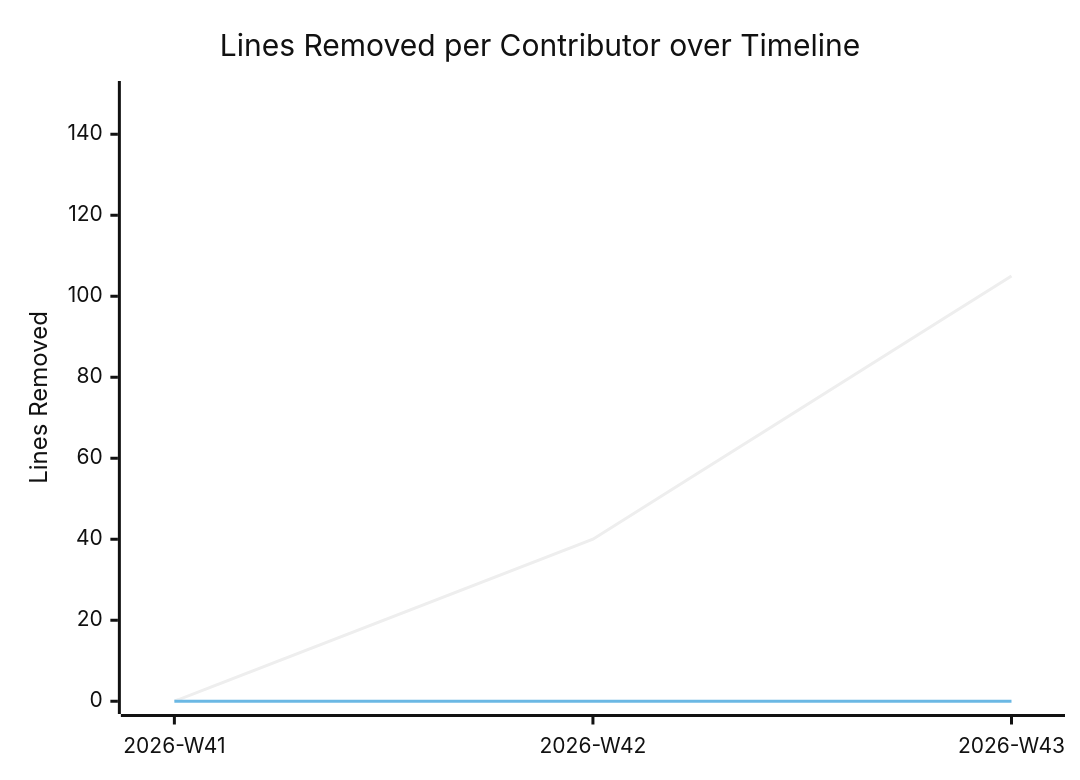
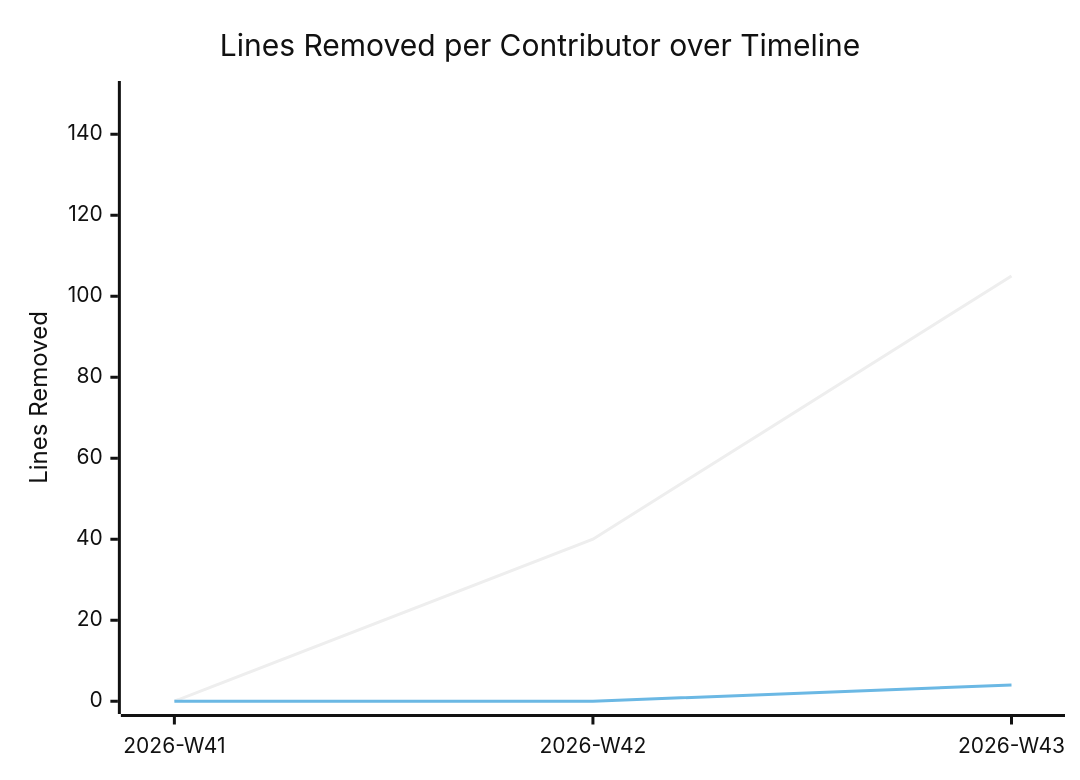
Before and after one commit to BeyondMagic/swe-template: the diagram in documentation/snippets/management/code-deletions.mmd, drawn with Mermaid (neutral theme). The commit also changed 2 other files, not shown here.

```diff
--- a/documentation/snippets/management/code-deletions.mmd
+++ b/documentation/snippets/management/code-deletions.mmd
@@ -1,6 +1,6 @@
 xychart-beta
     title "Lines Removed per Contributor over Timeline"
     x-axis ["2026-W41", "2026-W42", "2026-W43"]
     y-axis "Lines Removed" 0 --> 150
     line [0, 40, 105]
-    line [0, 0, 0]
+    line [0, 0, 4]
```
